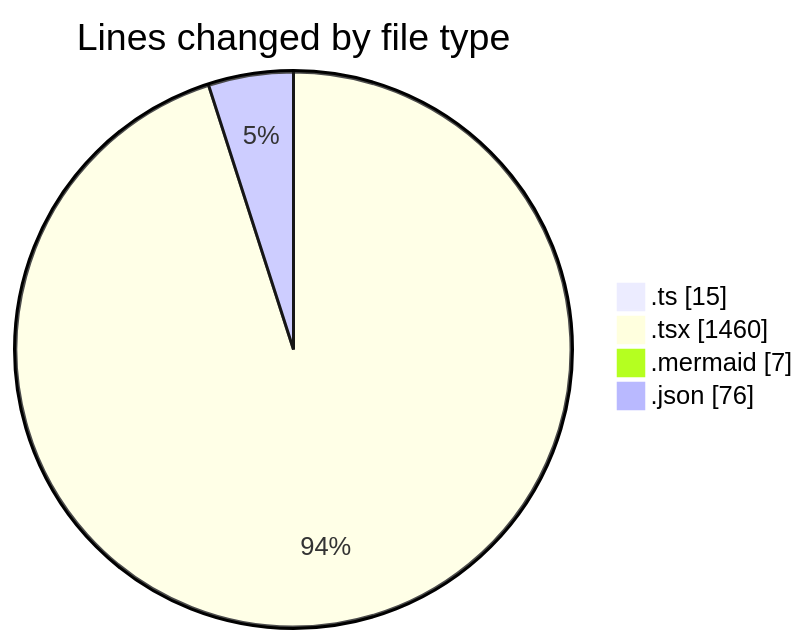
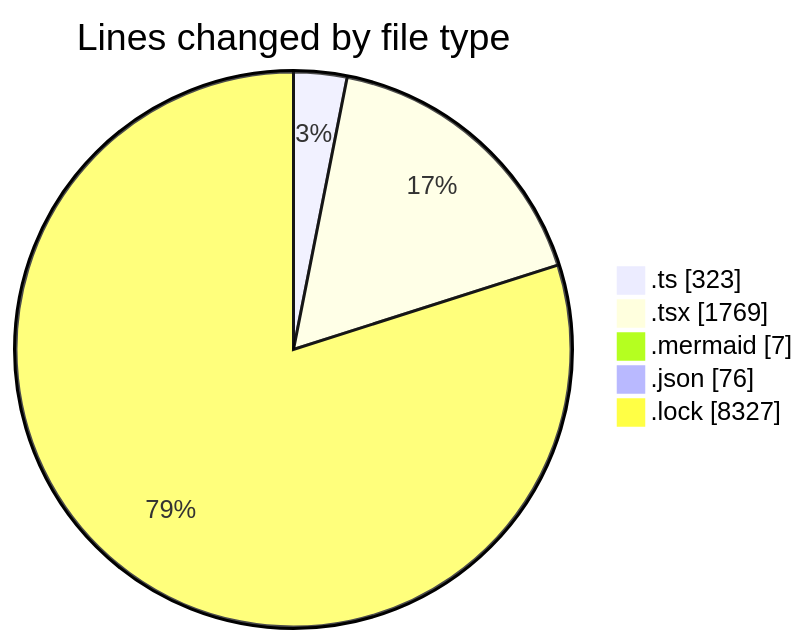
Before and after one commit to momahboobian/code-tracking: the first of 2 diagrams in 2026-09-08/cda/README.md, drawn with Mermaid. The commit also changed other lines of this file and 1 other file, not shown here.

````diff
--- a/2026-09-08/cda/README.md
+++ b/2026-09-08/cda/README.md
@@ -36,8 +43,9 @@
 ```mermaid
 pie showData
 title Lines changed by file type
-".ts" : 15
-".tsx" : 1460
+".ts" : 323
+".tsx" : 1769
 ".mermaid" : 7
 ".json" : 76
+".lock" : 8327
 ```
````
